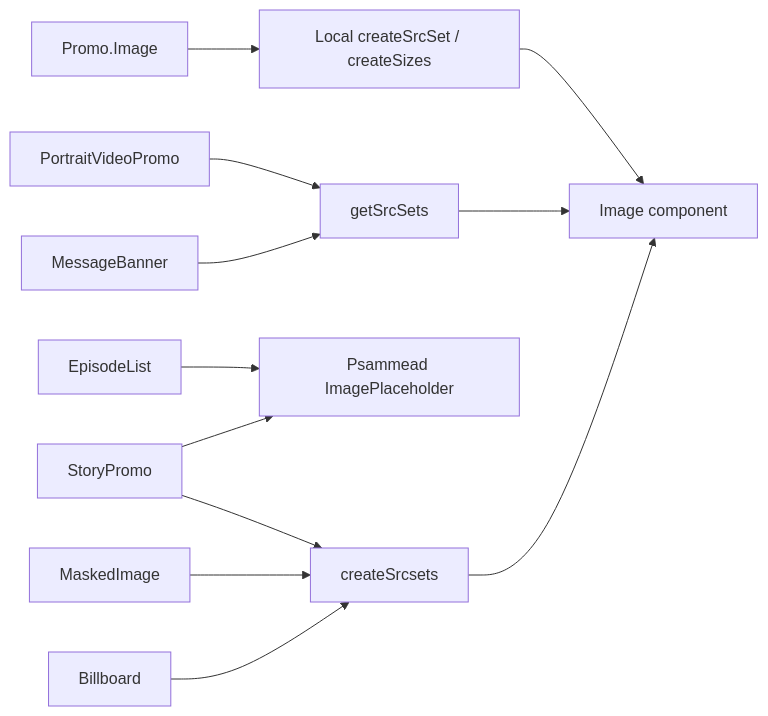
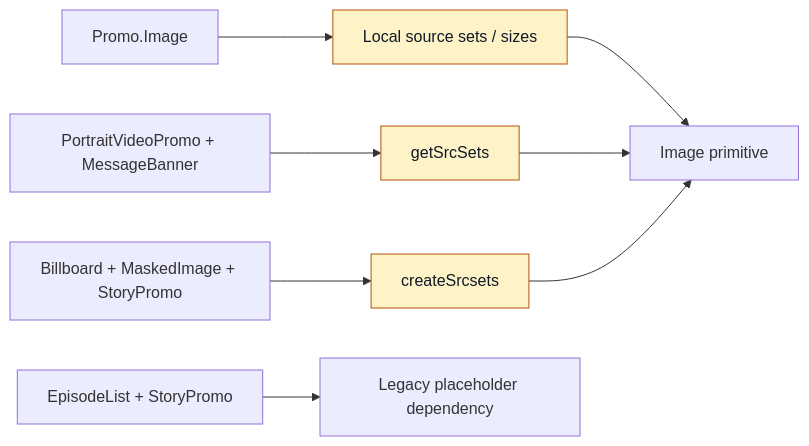
One commit to bbc/simorgh changed the second of 9 diagrams in ws-nextjs-app/Image-Platform-Presentation.md. Above: the diagram before and after it, drawn with Mermaid. The commit also changed other lines of this file, not shown here.

````diff
--- a/ws-nextjs-app/Image-Platform-Presentation.md
+++ b/ws-nextjs-app/Image-Platform-Presentation.md
@@ -184,14 +28,13 @@
 ```mermaid
 flowchart LR
-    P["Promo.Image"] --> LOCAL["Local createSrcSet / createSizes"]
-    LOCAL --> I["Image component"]
-    V["PortraitVideoPromo"] --> GET["getSrcSets"]
-    M["MessageBanner"] --> GET
-    GET --> I
-    E["EpisodeList"] --> PS["Psammead ImagePlaceholder"]
-    S["StoryPromo"] --> PS
-    S --> CREATE["createSrcsets"]
-    MASK["MaskedImage"] --> CREATE
-    B["Billboard"] --> CREATE
-    CREATE --> I
+    P["Promo.Image"] --> L["Local source sets / sizes"]
+    V["PortraitVideoPromo + MessageBanner"] --> G["getSrcSets"]
+    B["Billboard + MaskedImage + StoryPromo"] --> S["createSrcsets"]
+    L --> I["Image primitive"]
+    G --> I
+    S --> I
+    E["EpisodeList + StoryPromo"] --> PH["Legacy placeholder dependency"]
+    style L fill:#fef3c7,stroke:#b45309,color:#111827
+    style G fill:#fef3c7,stroke:#b45309,color:#111827
+    style S fill:#fef3c7,stroke:#b45309,color:#111827
 ```
````
